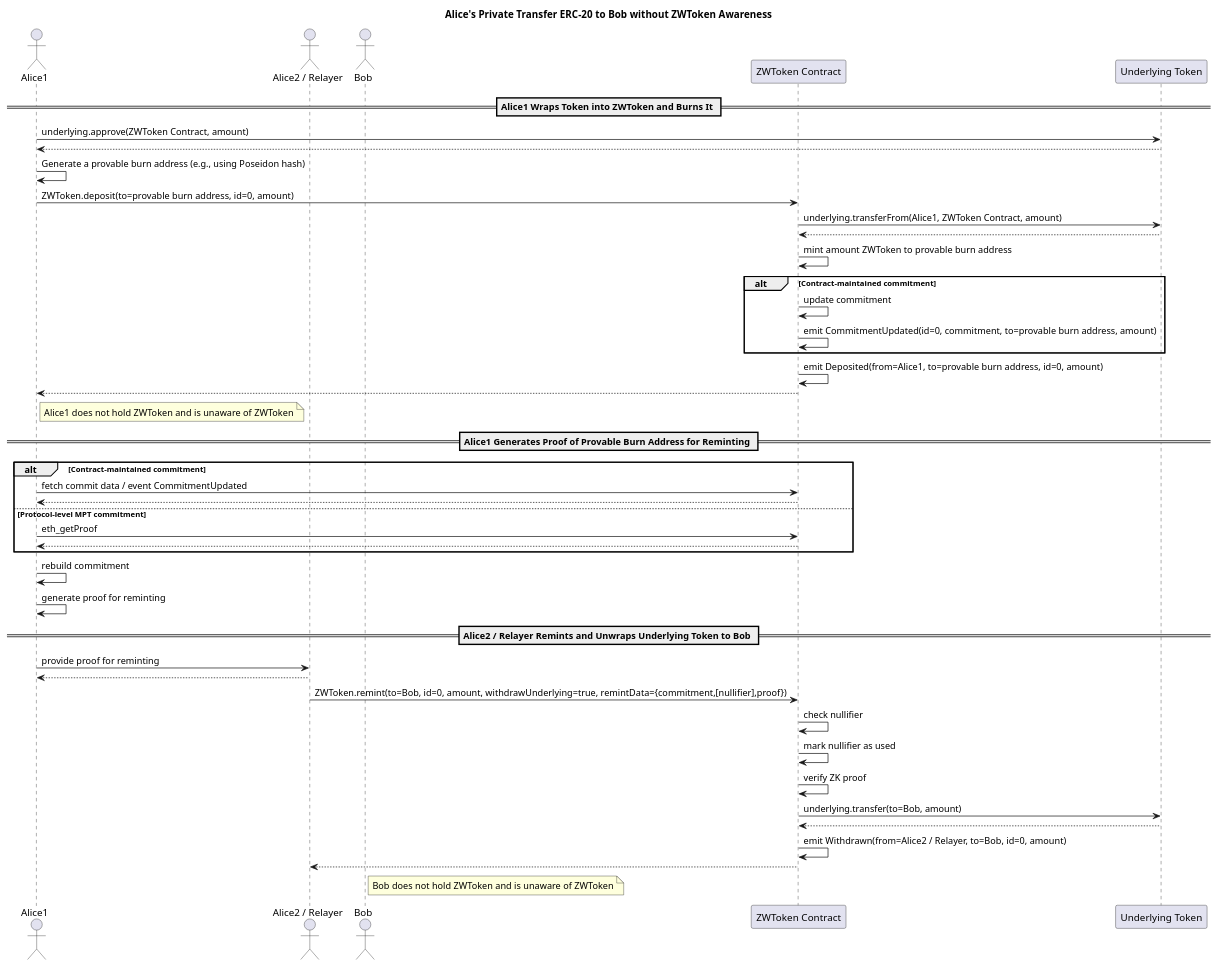
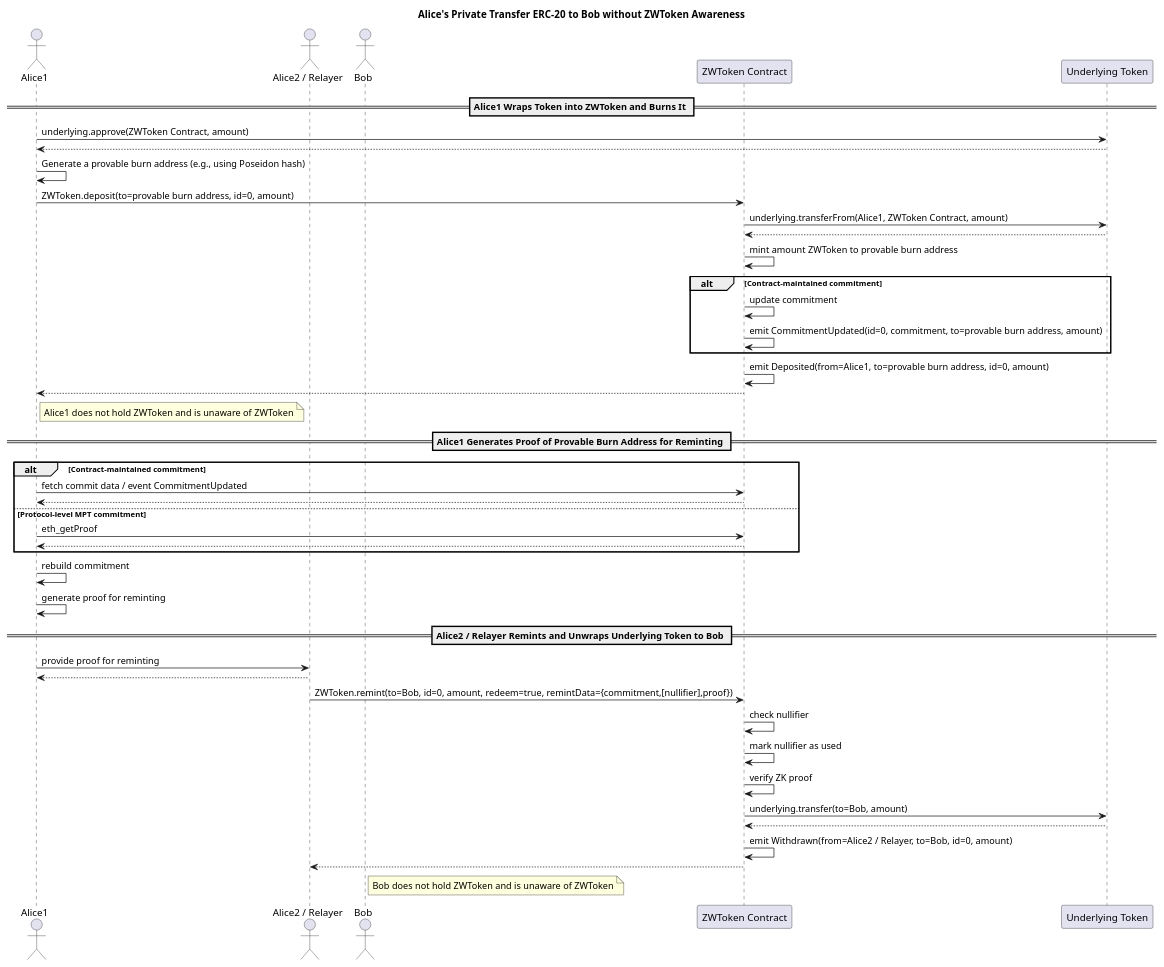
Before and after one commit to ethereum/ERCs: the diagram in assets/erc-8065/flow2.pu, drawn with PlantUML. The commit also changed 4 other files, not shown here.

Commit message:
Rename withdrawUnderlying to redeem

```diff
--- a/assets/erc-8065/flow2.pu
+++ b/assets/erc-8065/flow2.pu
@@ -1,49 +1,49 @@
 @startuml
 title Alice's Private Transfer ERC-20 to Bob without ZWToken Awareness
 
 actor Alice1
 actor "Alice2 / Relayer" as Alice2
 actor Bob
 participant "ZWToken Contract" as ZW
 participant "Underlying Token" as U
 
 == Alice1 Wraps Token into ZWToken and Burns It ==
 Alice1 -> U : underlying.approve(ZWToken Contract, amount)
 Alice1 <-- U
 Alice1 -> Alice1 : Generate a provable burn address (e.g., using Poseidon hash)
 Alice1 -> ZW : ZWToken.deposit(to=provable burn address, id=0, amount)
 ZW -> U : underlying.transferFrom(Alice1, ZWToken Contract, amount)
 ZW <-- U
 ZW -> ZW : mint amount ZWToken to provable burn address
 alt Contract-maintained commitment
     ZW -> ZW : update commitment
     ZW -> ZW : emit CommitmentUpdated(id=0, commitment, to=provable burn address, amount)
 end
 ZW -> ZW : emit Deposited(from=Alice1, to=provable burn address, id=0, amount)
 Alice1 <-- ZW
 note right of Alice1 : Alice1 does not hold ZWToken and is unaware of ZWToken
 
 == Alice1 Generates Proof of Provable Burn Address for Reminting ==
 alt Contract-maintained commitment
     Alice1 -> ZW : fetch commit data / event CommitmentUpdated
     Alice1 <-- ZW
 else Protocol-level MPT commitment
     Alice1 -> ZW : eth_getProof
     Alice1 <-- ZW
 end
 Alice1 -> Alice1 : rebuild commitment
 Alice1 -> Alice1 : generate proof for reminting
 
 == Alice2 / Relayer Remints and Unwraps Underlying Token to Bob ==
 Alice1 -> Alice2 : provide proof for reminting
 Alice1 <-- Alice2
-Alice2 -> ZW : ZWToken.remint(to=Bob, id=0, amount, withdrawUnderlying=true, remintData={commitment,[nullifier],proof})
+Alice2 -> ZW : ZWToken.remint(to=Bob, id=0, amount, redeem=true, remintData={commitment,[nullifier],proof})
 ZW -> ZW : check nullifier
 ZW -> ZW : mark nullifier as used
 ZW -> ZW : verify ZK proof
 ZW -> U : underlying.transfer(to=Bob, amount)
 ZW <-- U
 ZW -> ZW : emit Withdrawn(from=Alice2 / Relayer, to=Bob, id=0, amount)
 Alice2 <-- ZW
 note right of Bob : Bob does not hold ZWToken and is unaware of ZWToken
 @enduml
```
